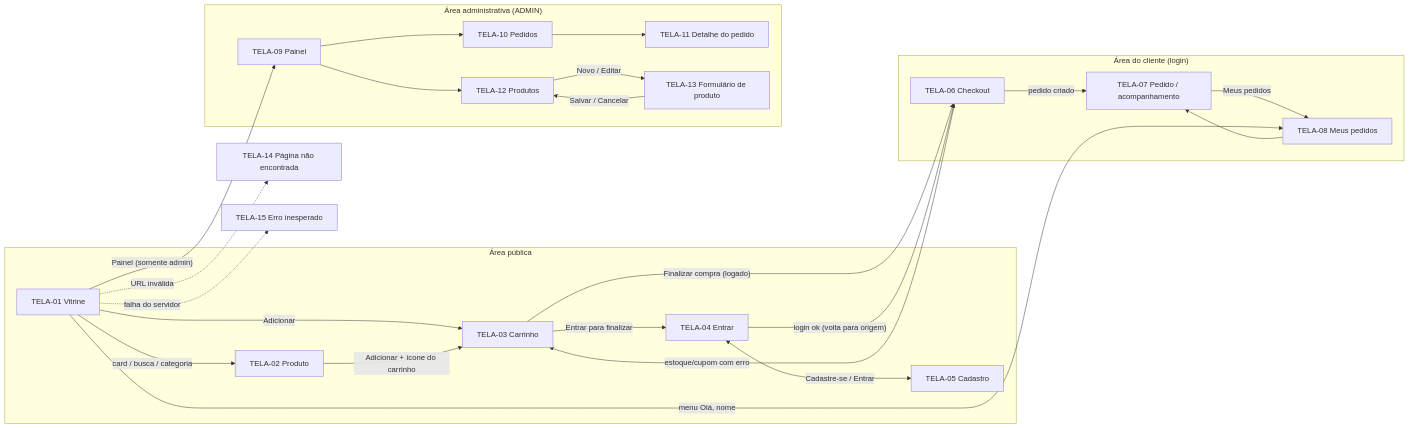
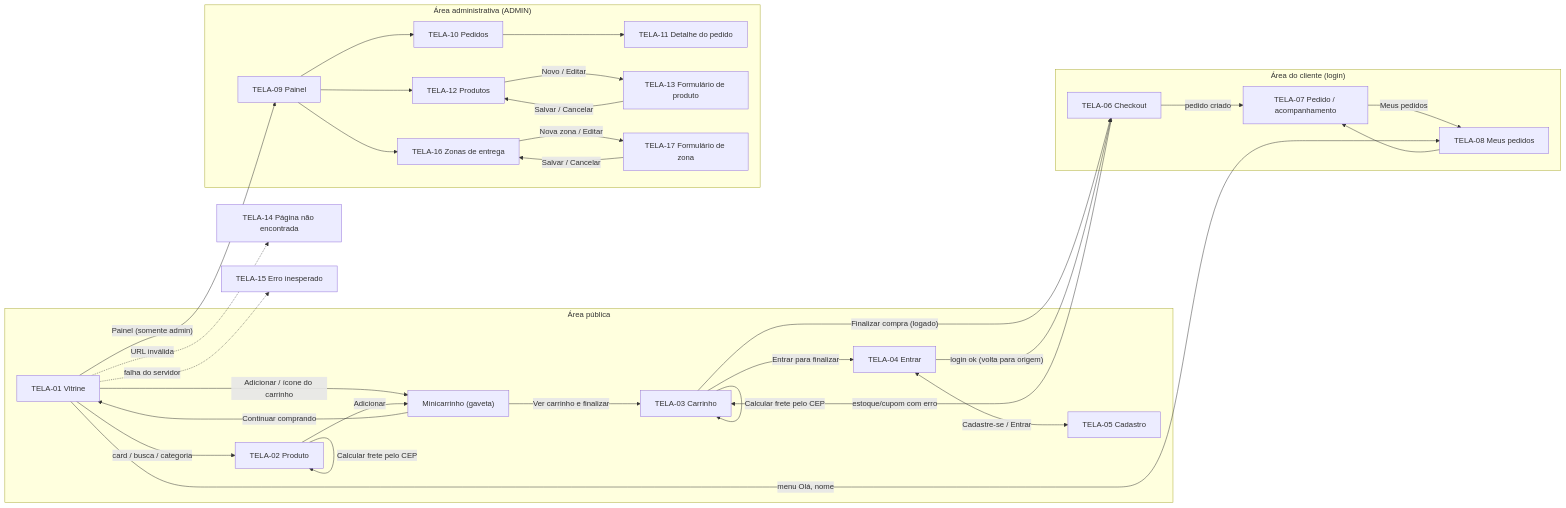
One commit to massacruabusy/CruzCake_PIT2 changed the second of 2 diagrams in docs/situacao-1-planejamento/06-ihc.md. Above: the diagram before and after it, drawn with Mermaid. The commit also changed other lines of this file and 17 other files, not shown here.

````diff
--- a/docs/situacao-1-planejamento/06-ihc.md
+++ b/docs/situacao-1-planejamento/06-ihc.md
@@ -86,45 +92,55 @@
 ```mermaid
 flowchart LR
   subgraph Publico["Área pública"]
     T01["TELA-01 Vitrine"]
     T02["TELA-02 Produto"]
     T03["TELA-03 Carrinho"]
     T04["TELA-04 Entrar"]
     T05["TELA-05 Cadastro"]
+    MC["Minicarrinho (gaveta)"]
   end
   subgraph Cliente["Área do cliente (login)"]
     T06["TELA-06 Checkout"]
     T07["TELA-07 Pedido / acompanhamento"]
     T08["TELA-08 Meus pedidos"]
   end
   subgraph Admin["Área administrativa (ADMIN)"]
     T09["TELA-09 Painel"]
     T10["TELA-10 Pedidos"]
     T11["TELA-11 Detalhe do pedido"]
     T12["TELA-12 Produtos"]
     T13["TELA-13 Formulário de produto"]
+    T16["TELA-16 Zonas de entrega"]
+    T17["TELA-17 Formulário de zona"]
   end
   T14["TELA-14 Página não encontrada"]
   T15["TELA-15 Erro inesperado"]
 
   T01 -- "card / busca / categoria" --> T02
-  T01 -- "Adicionar" --> T03
-  T02 -- "Adicionar + ícone do carrinho" --> T03
+  T01 -- "Adicionar / ícone do carrinho" --> MC
+  T02 -- "Adicionar" --> MC
+  MC -- "Ver carrinho e finalizar" --> T03
+  MC -- "Continuar comprando" --> T01
+  T02 -- "Calcular frete pelo CEP" --> T02
+  T03 -- "Calcular frete pelo CEP" --> T03
   T03 -- "Finalizar compra (logado)" --> T06
   T03 -- "Entrar para finalizar" --> T04
   T04 <-- "Cadastre-se / Entrar" --> T05
   T04 -- "login ok (volta para origem)" --> T06
   T06 -- "pedido criado" --> T07
   T06 -- "estoque/cupom com erro" --> T03
   T08 --> T07
   T07 -- "Meus pedidos" --> T08
   T01 -- "menu Olá, nome" --> T08
   T01 -- "Painel (somente admin)" --> T09
   T09 --> T10
   T09 --> T12
   T10 --> T11
   T12 -- "Novo / Editar" --> T13
   T13 -- "Salvar / Cancelar" --> T12
+  T09 --> T16
+  T16 -- "Nova zona / Editar" --> T17
+  T17 -- "Salvar / Cancelar" --> T16
   T01 -. "URL inválida" .-> T14
   T01 -. "falha do servidor" .-> T15
 ```
````
